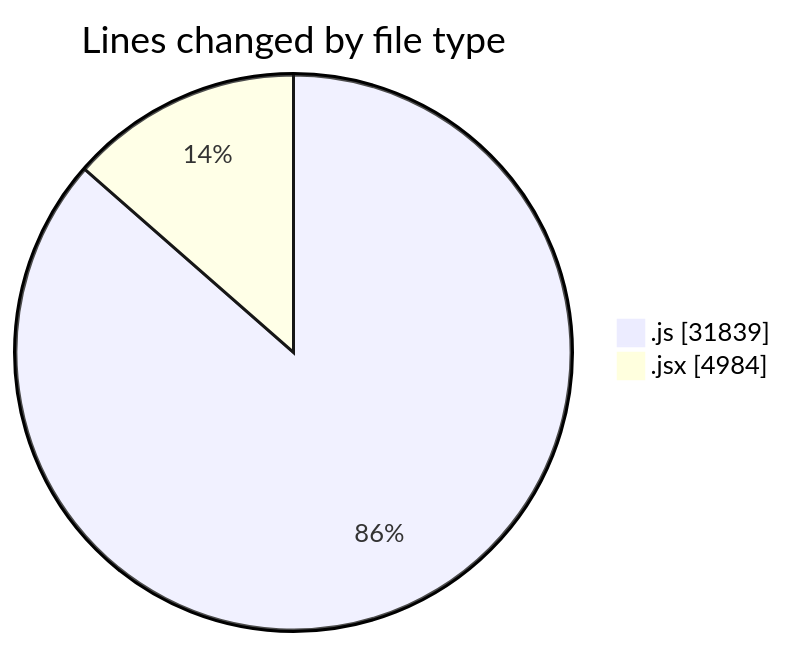
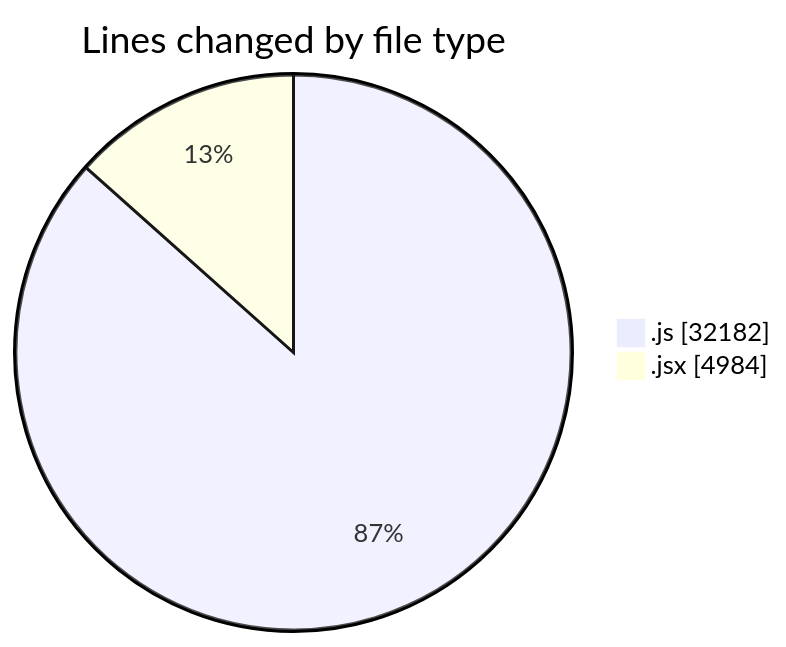
The first of 2 diagrams in 2025-09-30/nxtqube_webapp/README.md (nxtqubesakshisongat/code-tracking), drawn with Mermaid before and after one commit. The commit also changed other lines of this file and 1 other file, not shown here.

````diff
--- a/2025-09-30/nxtqube_webapp/README.md
+++ b/2025-09-30/nxtqube_webapp/README.md
@@ -25,6 +25,6 @@
 ```mermaid
 pie showData
 title Lines changed by file type
-".js" : 31839
+".js" : 32182
 ".jsx" : 4984
 ```
````
